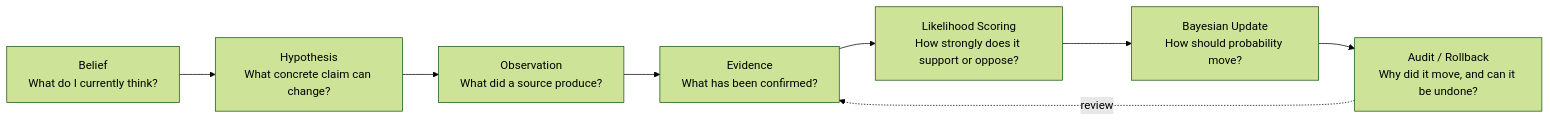
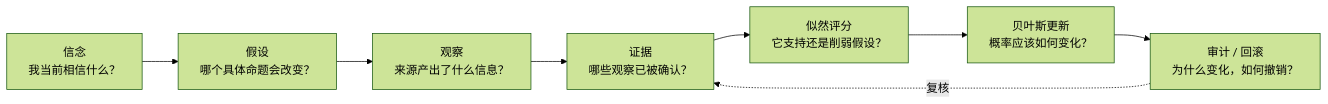
Before and after one commit to zero-kotori/worldModel: the diagram in README.md, drawn with Mermaid (forest theme). The commit also changed other lines of this file, not shown here.

````diff
--- a/README.md
+++ b/README.md
@@ -5,18 +5,18 @@
 ```mermaid
 flowchart LR
-  Belief["Belief<br/>What do I currently think?"]
-  Hypothesis["Hypothesis<br/>What concrete claim can change?"]
-  Observation["Observation<br/>What did a source produce?"]
-  Evidence["Evidence<br/>What has been confirmed?"]
-  Likelihood["Likelihood Scoring<br/>How strongly does it support or oppose?"]
-  Update["Bayesian Update<br/>How should probability move?"]
-  Audit["Audit / Rollback<br/>Why did it move, and can it be undone?"]
+  Belief["信念<br/>我当前相信什么？"]
+  Hypothesis["假设<br/>哪个具体命题会改变？"]
+  Observation["观察<br/>来源产出了什么信息？"]
+  Evidence["证据<br/>哪些观察已被确认？"]
+  Likelihood["似然评分<br/>它支持还是削弱假设？"]
+  Update["贝叶斯更新<br/>概率应该如何变化？"]
+  Audit["审计 / 回滚<br/>为什么变化，如何撤销？"]
 
   Belief --> Hypothesis
   Hypothesis --> Observation
   Observation --> Evidence
   Evidence --> Likelihood
   Likelihood --> Update
   Update --> Audit
-  Audit -.review.-> Evidence
+  Audit -.复核.-> Evidence
 ```
````
